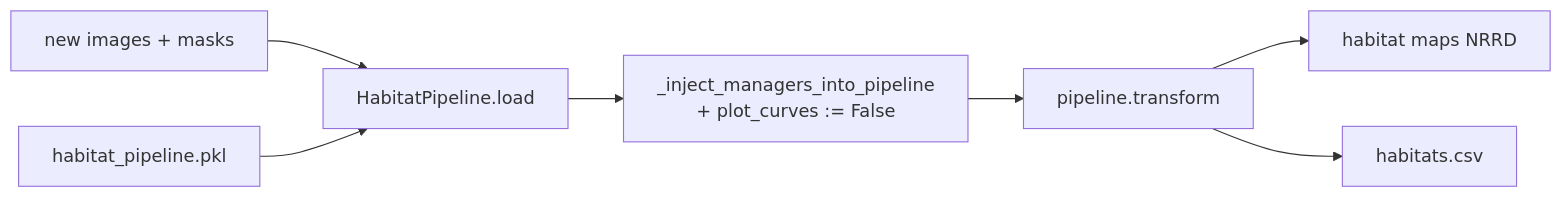
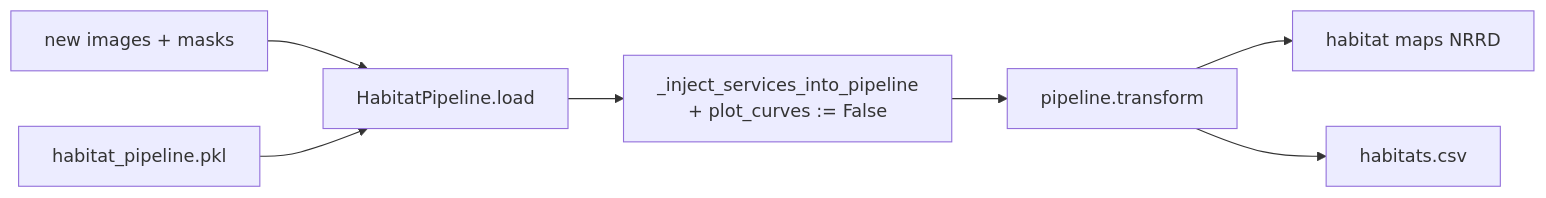
The third of 4 diagrams in habit/core/habitat_analysis/ARCHITECTURE.md (lichao312214129/HABIT), drawn with Mermaid before and after one commit. The commit also changed other lines of this file and 39 other files, not shown here.

````diff
--- a/habit/core/habitat_analysis/ARCHITECTURE.md
+++ b/habit/core/habitat_analysis/ARCHITECTURE.md
@@ -243,9 +243,9 @@
 ```mermaid
 graph LR
     NewImgs[new images + masks] --> Load
     Pkl[habitat_pipeline.pkl] --> Load[HabitatPipeline.load]
-    Load --> Inject[_inject_managers_into_pipeline<br/>+ plot_curves := False]
+    Load --> Inject[_inject_services_into_pipeline<br/>+ plot_curves := False]
     Inject --> Trans[pipeline.transform]
     Trans --> HM[habitat maps NRRD]
     Trans --> CSV[habitats.csv]
 ```
````
